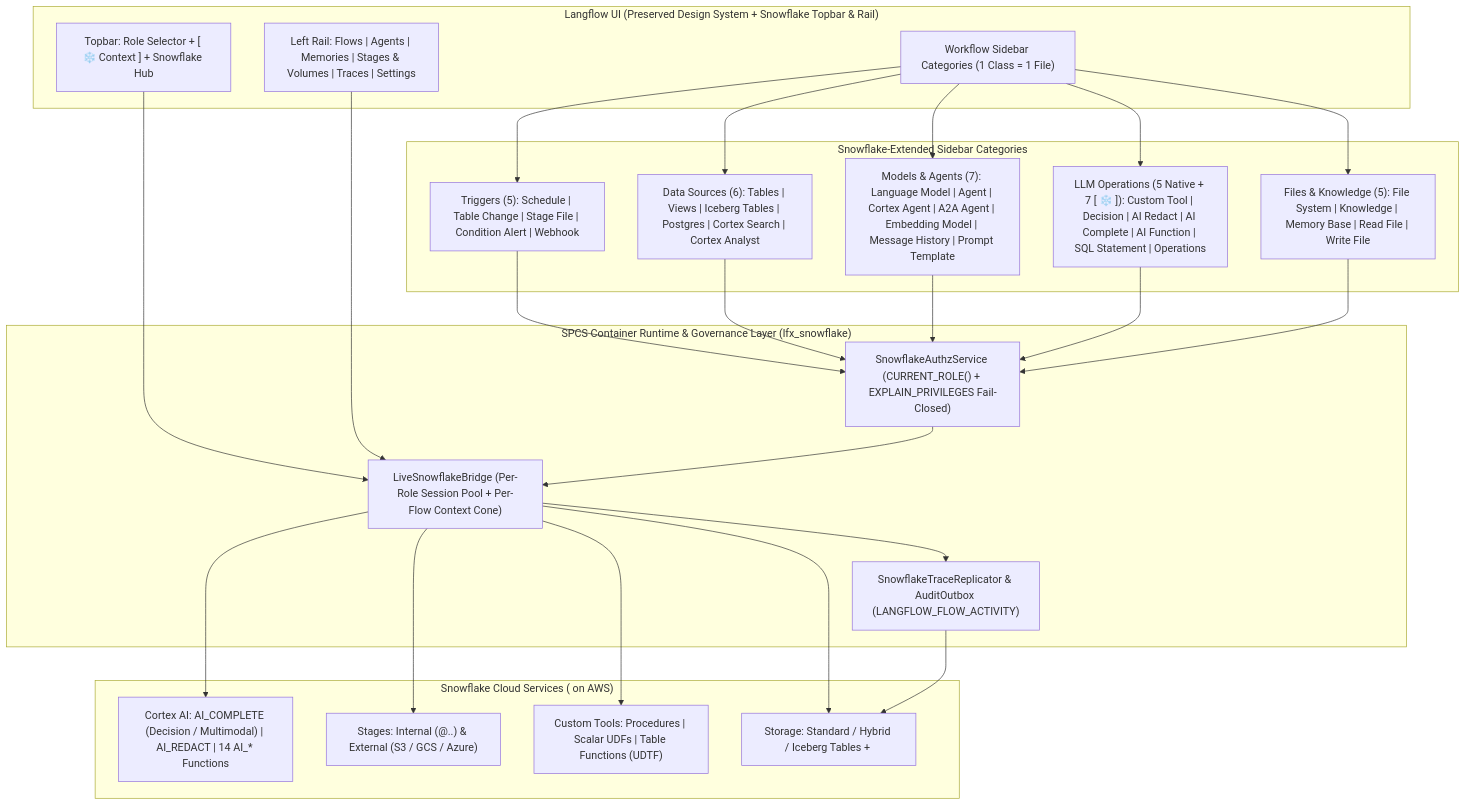
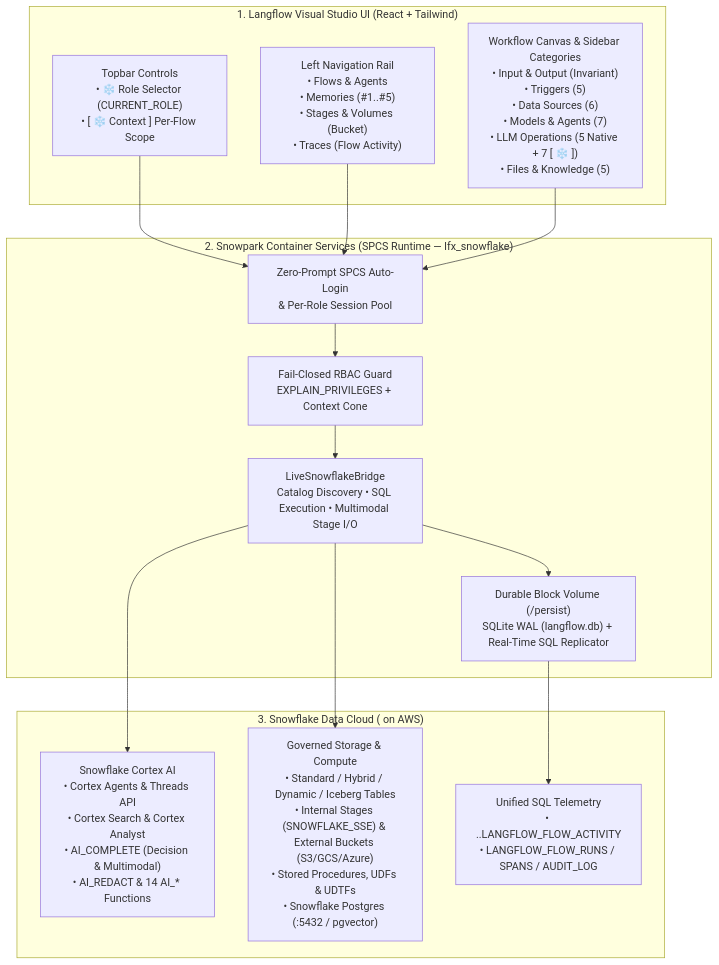
One commit to fbattaglieri-snowflake/Native-Snowflake-Langflow changed the first of 5 diagrams in README.md. Above: the diagram before and after it, drawn with Mermaid. The commit also changed other lines of this file and 1 other file, not shown here.

First line of the commit message:
docs: redesign README.md and CAPABILITY_MATRIX.md with executive summaries, Mermaid diagrams, and clear category guides

````diff
--- a/README.md
+++ b/README.md
@@ -105,36 +31,25 @@
 ```mermaid
 flowchart TB
-    subgraph UI["Langflow UI (Preserved Design System + Snowflake Topbar & Rail)"]
-        Topbar["Topbar: Role Selector + [ ❄️ Context ] + Snowflake Hub"]
-        Rail["Left Rail: Flows | Agents | Memories | Stages & Volumes | Traces | Settings"]
-        Sidebar["Workflow Sidebar Categories (1 Class = 1 File)"]
+    subgraph Browser["1. Langflow Visual Studio UI (React + Tailwind)"]
+        Topbar["Topbar Controls\n• ❄️ Role Selector (CURRENT_ROLE)\n• [ ❄️ Context ] Per-Flow Scope"]
+        LeftRail["Left Navigation Rail\n• Flows & Agents\n• Memories (#1..#5)\n• Stages & Volumes (Bucket)\n• Traces (Flow Activity)"]
+        Canvas["Workflow Canvas & Sidebar Categories\n• Input & Output (Invariant)\n• Triggers (5)\n• Data Sources (6)\n• Models & Agents (7)\n• LLM Operations (5 Native + 7 [ ❄️ ])\n• Files & Knowledge (5)"]
     end
 
-    subgraph Cats["Snowflake-Extended Sidebar Categories"]
-        TRG["Triggers (5): Schedule | Table Change | Stage File | Condition Alert | Webhook"]
-        DS["Data Sources (6): Tables | Views | Iceberg Tables | Postgres | Cortex Search | Cortex Analyst"]
-        MA["Models & Agents (7): Language Model | Agent | Cortex Agent | A2A Agent | Embedding Model | Message History | Prompt Template"]
-        LLM["LLM Operations (5 Native + 7 [ ❄️ ]): Custom Tool | Decision | AI Redact | AI Complete | AI Function | SQL Statement | Operations"]
-        FK["Files & Knowledge (5): File System | Knowledge | Memory Base | Read File | Write File"]
+    subgraph SPCS["2. Snowpark Container Services (SPCS Runtime — lfx_snowflake)"]
+        Auth["Zero-Prompt SPCS Auto-Login\n& Per-Role Session Pool"]
+        Guard["Fail-Closed RBAC Guard\nEXPLAIN_PRIVILEGES + Context Cone"]
+        Bridge["LiveSnowflakeBridge\nCatalog Discovery • SQL Execution • Multimodal Stage I/O"]
+        Persistence["Durable Block Volume (/persist)\nSQLite WAL (langflow.db) + Real-Time SQL Replicator"]
     end
 
-    subgraph Runtime["SPCS Container Runtime & Governance Layer (lfx_snowflake)"]
-        Bridge["LiveSnowflakeBridge (Per-Role Session Pool + Per-Flow Context Cone)"]
-        Authz["SnowflakeAuthzService (CURRENT_ROLE() + EXPLAIN_PRIVILEGES Fail-Closed)"]
-        Obs["SnowflakeTraceReplicator & AuditOutbox (LANGFLOW_FLOW_ACTIVITY)"]
+    subgraph Snowflake["3. Snowflake Data Cloud (<SNOWFLAKE_ACCOUNT> on AWS)"]
+        Cortex["Snowflake Cortex AI\n• Cortex Agents & Threads API\n• Cortex Search & Cortex Analyst\n• AI_COMPLETE (Decision & Multimodal)\n• AI_REDACT & 14 AI_* Functions"]
+        Storage["Governed Storage & Compute\n• Standard / Hybrid / Dynamic / Iceberg Tables\n• Internal Stages (SNOWFLAKE_SSE) & External Buckets (S3/GCS/Azure)\n• Stored Procedures, UDFs & UDTFs\n• Snowflake Postgres (:5432 / pgvector)"]
+        Observability["Unified SQL Telemetry\n• <DATABASE>.<SCHEMA>.LANGFLOW_FLOW_ACTIVITY\n• LANGFLOW_FLOW_RUNS / SPANS / AUDIT_LOG"]
     end
 
-    subgraph SF["Snowflake Cloud Services (<SNOWFLAKE_ACCOUNT> on AWS)"]
-        Cortex["Cortex AI: AI_COMPLETE (Decision / Multimodal) | AI_REDACT | 14 AI_* Functions"]
-        Stages["Stages: Internal (@<DATABASE>.<SCHEMA>.<STAGE_NAME>) & External (S3 / GCS / Azure)"]
-        Routines["Custom Tools: Procedures | Scalar UDFs | Table Functions (UDTF)"]
-        Storage["Storage: Standard / Hybrid / Iceberg Tables + <POSTGRES_INSTANCE>"]
-    end
-
-    Topbar --> Bridge
-    Rail --> Bridge
-    Sidebar --> TRG & DS & MA & LLM & FK
-    TRG & DS & MA & LLM & FK --> Authz --> Bridge
-    Bridge --> Cortex & Stages & Routines & Storage
-    Bridge --> Obs --> Storage
+    Topbar & LeftRail & Canvas --> Auth --> Guard --> Bridge
+    Bridge --> Cortex & Storage
+    Bridge --> Persistence --> Observability
 ```
````
